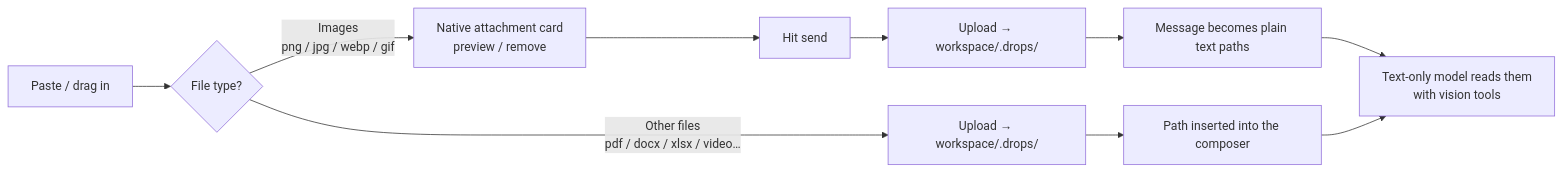
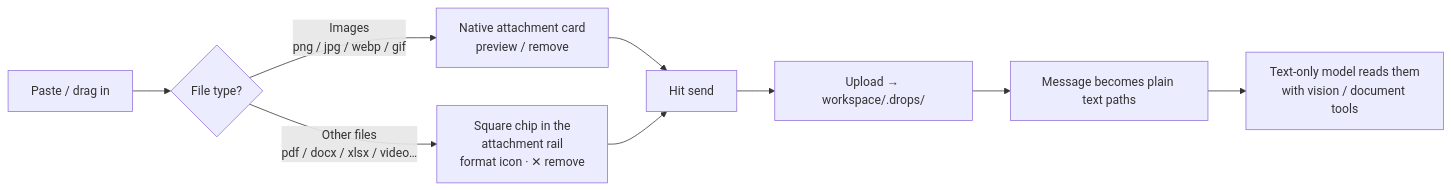
The diagram in README.md (loudMore/dsh-drop-to-path), drawn with Mermaid before and after one commit. The commit also changed other lines of this file and 2 other files, not shown here.

Commit message:
docs: sync README (EN+ZH) and ADAPTING with current features — images+files, square chips, send-time path append, dragend overlay fix, live thumbnail sizing

````diff
--- a/README.md
+++ b/README.md
@@ -39,12 +39,11 @@
 ```mermaid
 flowchart LR
     A["Paste / drag in"] --> B{"File type?"}
     B -->|"Images<br/>png / jpg / webp / gif"| C["Native attachment card<br/>preview / remove"]
     C --> D["Hit send"]
     D --> E["Upload → workspace/.drops/"]
     E --> F["Message becomes plain text paths"]
-    F --> G["Text-only model reads them<br/>with vision tools"]
-    B -->|"Other files<br/>pdf / docx / xlsx / video…"| H["Upload → workspace/.drops/"]
-    H --> I["Path inserted into the composer"]
-    I --> G
+    F --> G["Text-only model reads them<br/>with vision / document tools"]
+    B -->|"Other files<br/>pdf / docx / xlsx / video…"| H["Square chip in the<br/>attachment rail<br/>format icon · ✕ remove"]
+    H --> D
 ```
````
